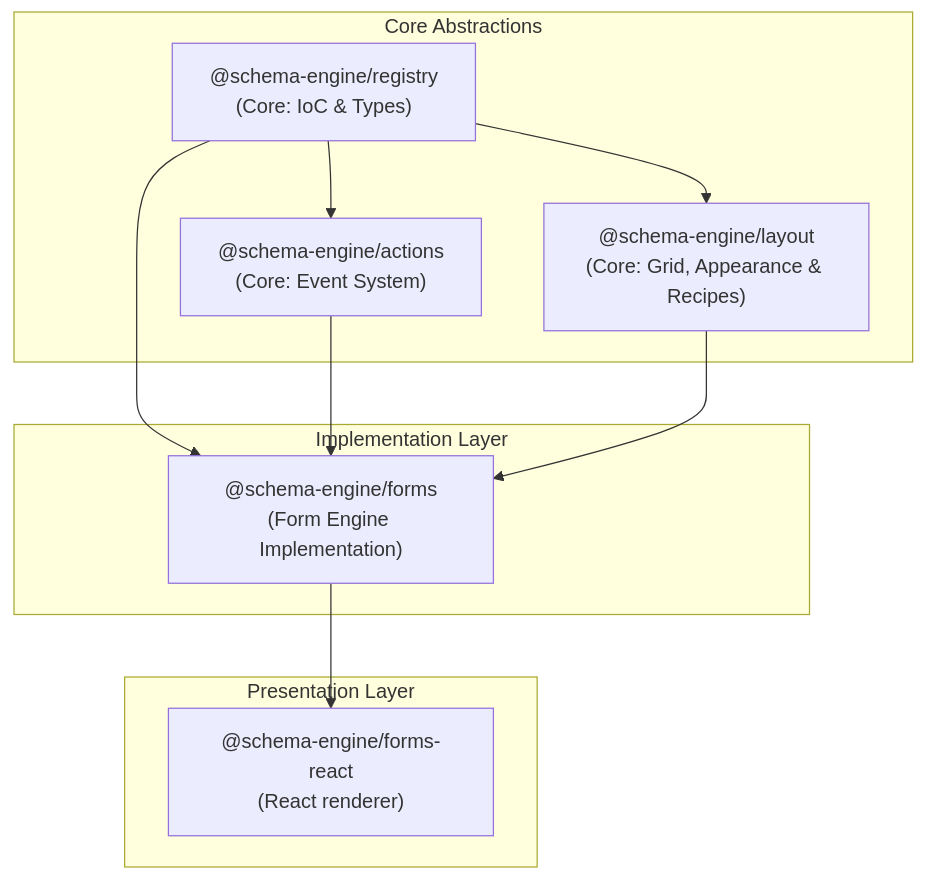
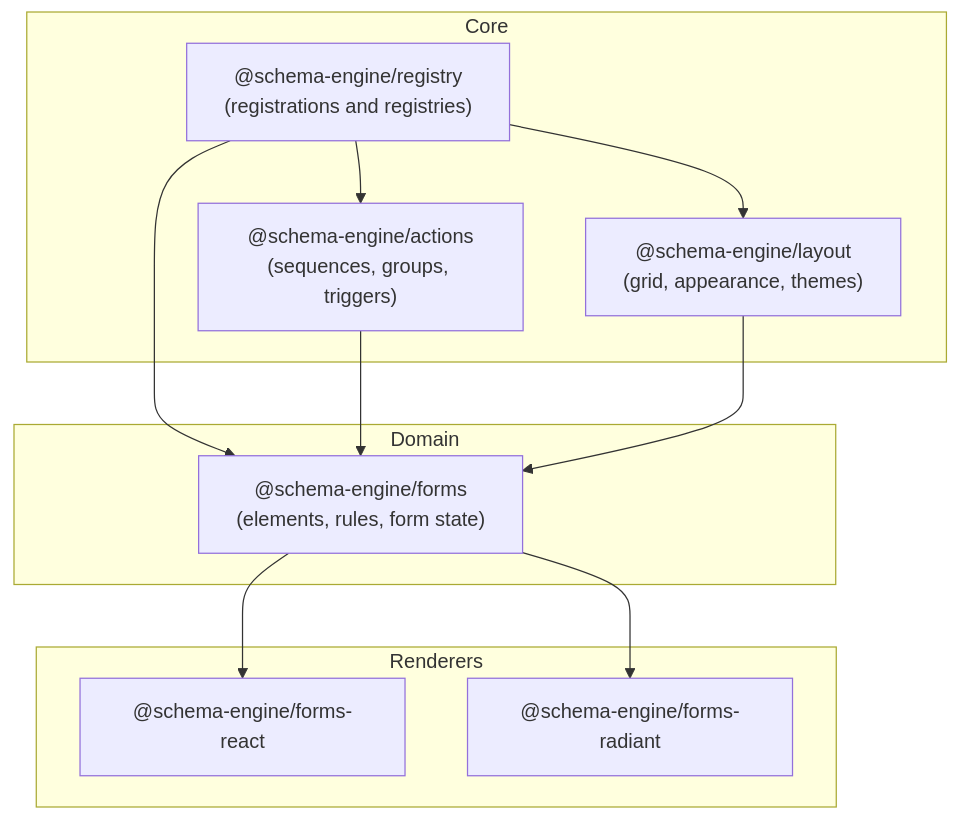
Before and after one commit to schema-engine/schema-engine: the diagram in README.md, drawn with Mermaid. The commit also changed other lines of this file and 15 other files, not shown here.

````diff
--- a/README.md
+++ b/README.md
@@ -129,23 +66,25 @@
 ```mermaid
 graph TD
-    subgraph Core ["Core Abstractions"]
-        Registry["@schema-engine/registry<br/>(Core: IoC & Types)"]
-        Actions["@schema-engine/actions<br/>(Core: Event System)"]
-        Layout["@schema-engine/layout<br/>(Core: Grid, Appearance & Recipes)"]
+    subgraph Core ["Core"]
+        Registry["@schema-engine/registry<br/>(registrations and registries)"]
+        Actions["@schema-engine/actions<br/>(sequences, groups, triggers)"]
+        Layout["@schema-engine/layout<br/>(grid, appearance, themes)"]
     end
 
-    subgraph Implementation ["Implementation Layer"]
-        Forms["@schema-engine/forms<br/>(Form Engine Implementation)"]
+    subgraph Domain ["Domain"]
+        Forms["@schema-engine/forms<br/>(elements, rules, form state)"]
     end
 
-    subgraph Presentation ["Presentation Layer"]
-        React["@schema-engine/forms-react<br/>(React renderer)"]
+    subgraph Renderers ["Renderers"]
+        React["@schema-engine/forms-react"]
+        Radiant["@schema-engine/forms-radiant"]
     end
 
     Registry --> Actions
     Registry --> Layout
     Registry --> Forms
     Actions --> Forms
     Layout --> Forms
     Forms --> React
+    Forms --> Radiant
 ```
````
